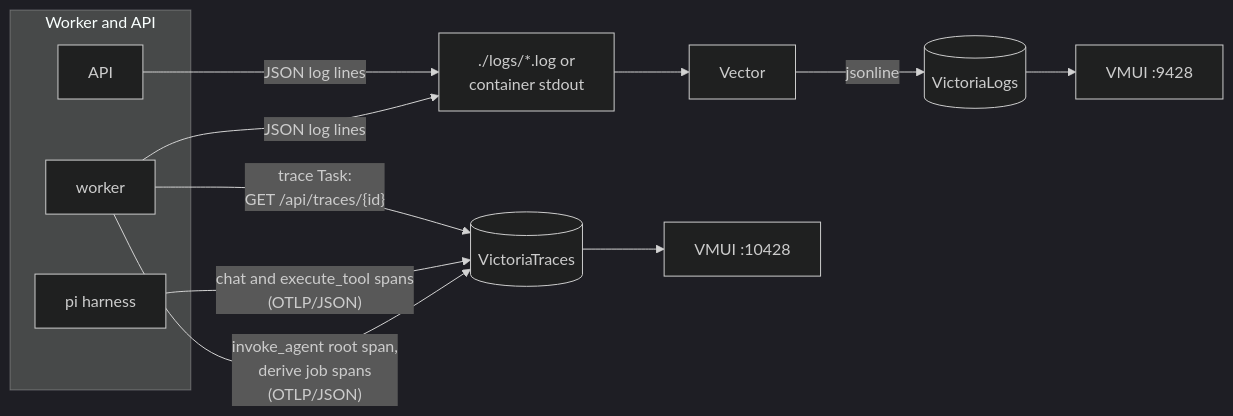
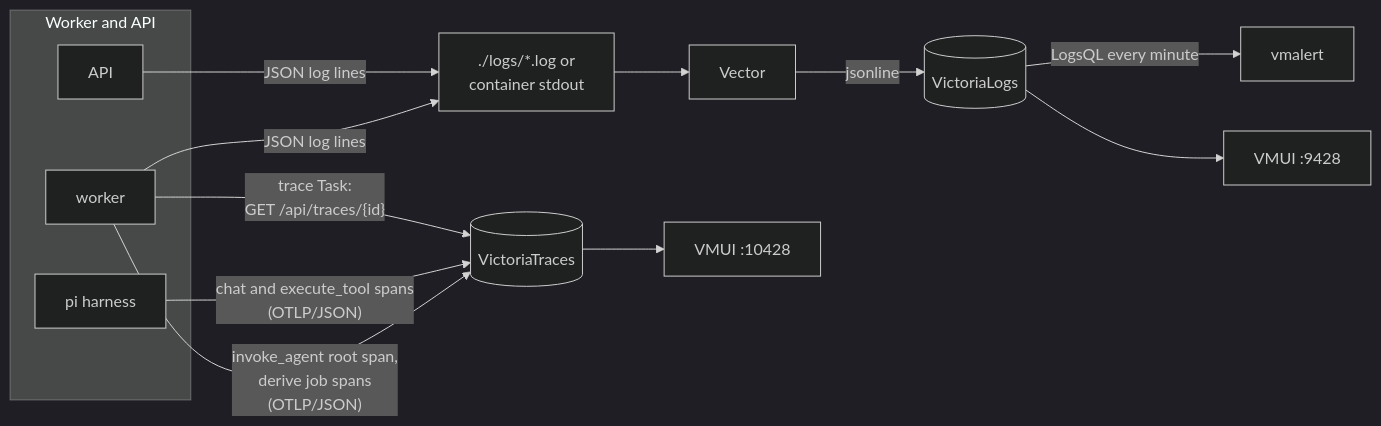
Before and after one commit to memseekai/memseek: the diagram in docs/victoria.md, drawn with Mermaid (dark theme). The commit also changed other lines of this file and 6 other files, not shown here.

````diff
--- a/docs/victoria.md
+++ b/docs/victoria.md
@@ -49,16 +51,17 @@
 ```mermaid
 flowchart LR
   subgraph host[Worker and API]
     W[worker]
     A[API]
     H[pi harness]
   end
   W -- "invoke_agent root span,\nderive job spans\n(OTLP/JSON)" --> VT[(VictoriaTraces)]
   H -- "chat and execute_tool spans\n(OTLP/JSON)" --> VT
   W -- "trace Task:\nGET /api/traces/{id}" --> VT
   W -- "JSON log lines" --> F[./logs/*.log or\ncontainer stdout]
   A -- "JSON log lines" --> F
   F --> V[Vector] -- "jsonline" --> VL[(VictoriaLogs)]
+  VL -- "LogsQL every minute" --> VA[vmalert]
   VT --> UI1[VMUI :10428]
   VL --> UI2[VMUI :9428]
 ```
````
